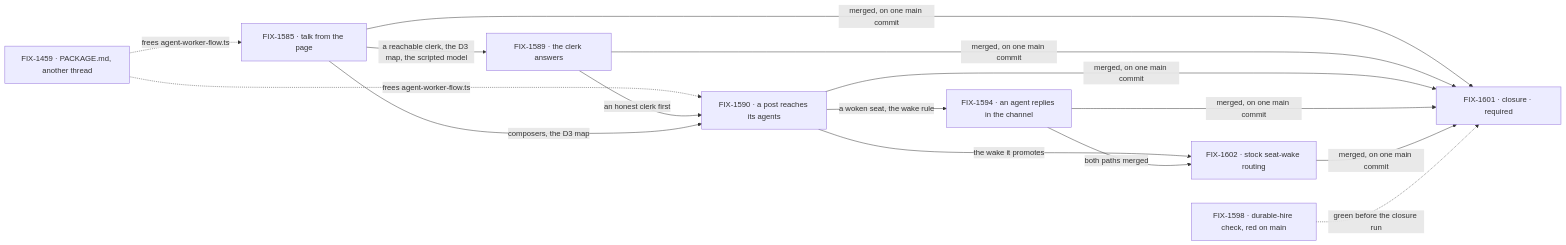
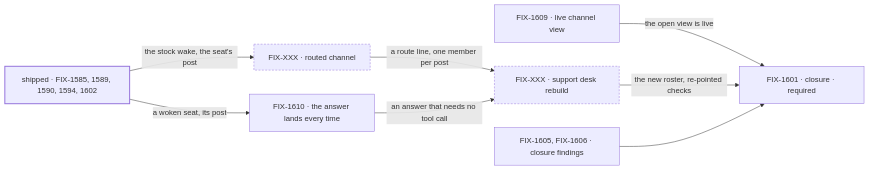
Before and after one commit to fixpoint-labs/flow-state-dev: the second of 2 diagrams in specs/epics/FIX-1592/SPEC.md, drawn with Mermaid. The commit also changed other lines of this file and 8 other files, not shown here.

First line of the commit message:
spec(FIX-1592): rebuild the kitchen-sink support example as a routed desk

````diff
--- a/specs/epics/FIX-1592/SPEC.md
+++ b/specs/epics/FIX-1592/SPEC.md
@@ -96,13 +103,14 @@
 ```mermaid
 flowchart LR
-  I["FIX-1459 · PACKAGE.md, another thread"] -.->|"frees agent-worker-flow.ts"| A
-  I -.->|"frees agent-worker-flow.ts"| B
-  A["FIX-1585 · talk from the page"] -->|"a reachable clerk, the D3 map, the scripted model"| D["FIX-1589 · the clerk answers"]
-  D -->|"an honest clerk first"| B["FIX-1590 · a post reaches its agents"]
-  A -->|"composers, the D3 map"| B
-  B -->|"a woken seat, the wake rule"| C["FIX-1594 · an agent replies in the channel"]
-  B -->|"the wake it promotes"| F["FIX-1602 · stock seat-wake routing"]
-  C -->|"both paths merged"| F
-  A & D & B & C & F -->|"merged, on one main commit"| Z["FIX-1601 · closure · required"]
-  X["FIX-1598 · durable-hire check, red on main"] -.->|"green before the closure run"| Z
+  S["shipped · FIX-1585, 1589, 1590, 1594, 1602"] -->|"the stock wake, the seat's post"| R["FIX-XXX · routed channel"]
+  S -->|"a woken seat, its post"| T["FIX-1610 · the answer lands every time"]
+  R -->|"a route line, one member per post"| K["FIX-XXX · support desk rebuild"]
+  T -->|"an answer that needs no tool call"| K
+  L["FIX-1609 · live channel view"] -->|"the open view is live"| Z["FIX-1601 · closure · required"]
+  K -->|"the new roster, re-pointed checks"| Z
+  B["FIX-1605, FIX-1606 · closure findings"] --> Z
+  classDef done stroke-width:2px
+  classDef proposed stroke-dasharray:4 3
+  class S done
+  class R,K proposed
 ```
````
